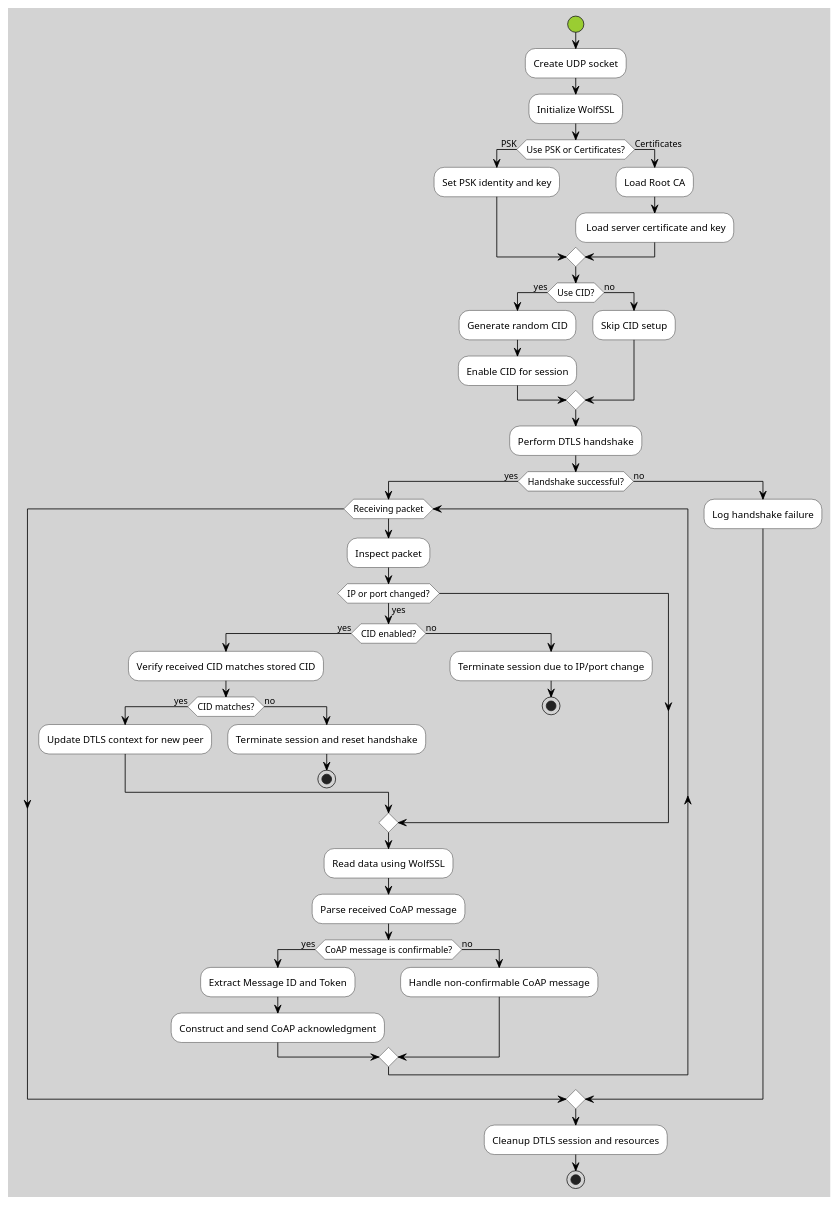
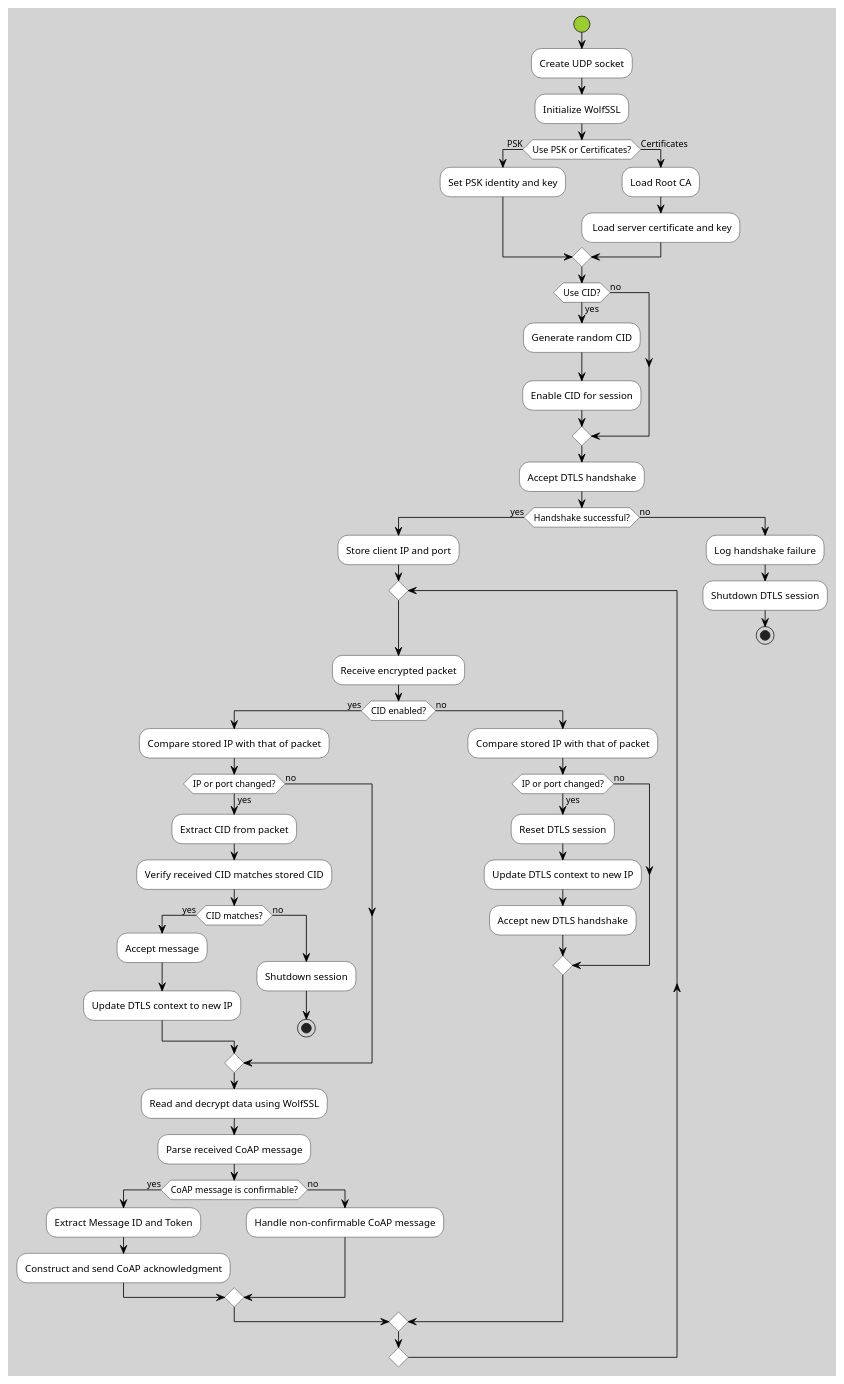
Before and after one commit to Johann-Zurner/DTLS_CoAP_Client: the diagram in src/documentation/sequence-server.plantuml, drawn with PlantUML. The commit also changed 1 other file, not shown here.

```diff
--- a/src/documentation/sequence-server.plantuml
+++ b/src/documentation/sequence-server.plantuml
@@ -1,63 +1,72 @@
 @startuml DTLS_Server_Workflow
 skinparam backgroundColor LightGrey
 skinparam activity {
-  StartColor YellowGreen
-  EndColor Tomato
-  BackgroundColor White
-  ArrowColor Black
+    StartColor YellowGreen
+    EndColor Tomato
+    BackgroundColor White
+    ArrowColor Black
 }
 start
 
 :Create UDP socket;
 :Initialize WolfSSL;
 
 if (Use PSK or Certificates?) then (PSK)
-  :Set PSK identity and key;
+    :Set PSK identity and key;
 else (Certificates)
-  :Load Root CA;
-  : Load server certificate and key;
+    :Load Root CA;
+    : Load server certificate and key;
 endif
 
 if (Use CID?) then (yes)
-  :Generate random CID;
-  :Enable CID for session;
+    :Generate random CID;
+    :Enable CID for session;
 else (no)
-  :Skip CID setup;
 endif
 
-:Perform DTLS handshake;
+:Accept DTLS handshake;
 if (Handshake successful?) then (yes)
-  while (Receiving packet)
-    :Inspect packet;
-    if (IP or port changed?) then (yes)
-      if (CID enabled?) then (yes)
-        :Verify received CID matches stored CID;
-        if (CID matches?) then (yes)
-          :Update DTLS context for new peer;
+    :Store client IP and port;
+    repeat
+        label receivepacket
+        :Receive encrypted packet;
+        if (CID enabled?) then (yes)
+            :Compare stored IP with that of packet;
+            if (IP or port changed?) then (yes)
+                :Extract CID from packet;
+                :Verify received CID matches stored CID;
+                if (CID matches?) then (yes)
+                    :Accept message;
+                    :Update DTLS context to new IP;
+                else (no)
+                    label shutdown
+                    :Shutdown session;
+                    stop
+                endif
+            else (no)
+            endif
+            :Read and decrypt data using WolfSSL;
+            :Parse received CoAP message;
+            if (CoAP message is confirmable?) then (yes)
+                :Extract Message ID and Token;
+                :Construct and send CoAP acknowledgment;
+            else (no)
+                :Handle non-confirmable CoAP message;
+            endif
         else (no)
-          :Terminate session and reset handshake;
-          stop
+            :Compare stored IP with that of packet;
+            if (IP or port changed?) then (yes)
+                :Reset DTLS session;
+                :Update DTLS context to new IP;
+                :Accept new DTLS handshake;
+            else (no)
+            endif
         endif
-      else (no)
-        :Terminate session due to IP/port change;
-        stop
-      endif
-    endif
-
-    :Read data using WolfSSL;
-    :Parse received CoAP message;
-
-    if (CoAP message is confirmable?) then (yes)
-      :Extract Message ID and Token;
-      :Construct and send CoAP acknowledgment;
-    else (no)
-      :Handle non-confirmable CoAP message;
-    endif
-  endwhile
+    repeat while
+    detach
 else (no)
-  :Log handshake failure;
+    :Log handshake failure;
+    :Shutdown DTLS session;
+    stop
 endif
-
-:Cleanup DTLS session and resources;
-stop
 @enduml
```
